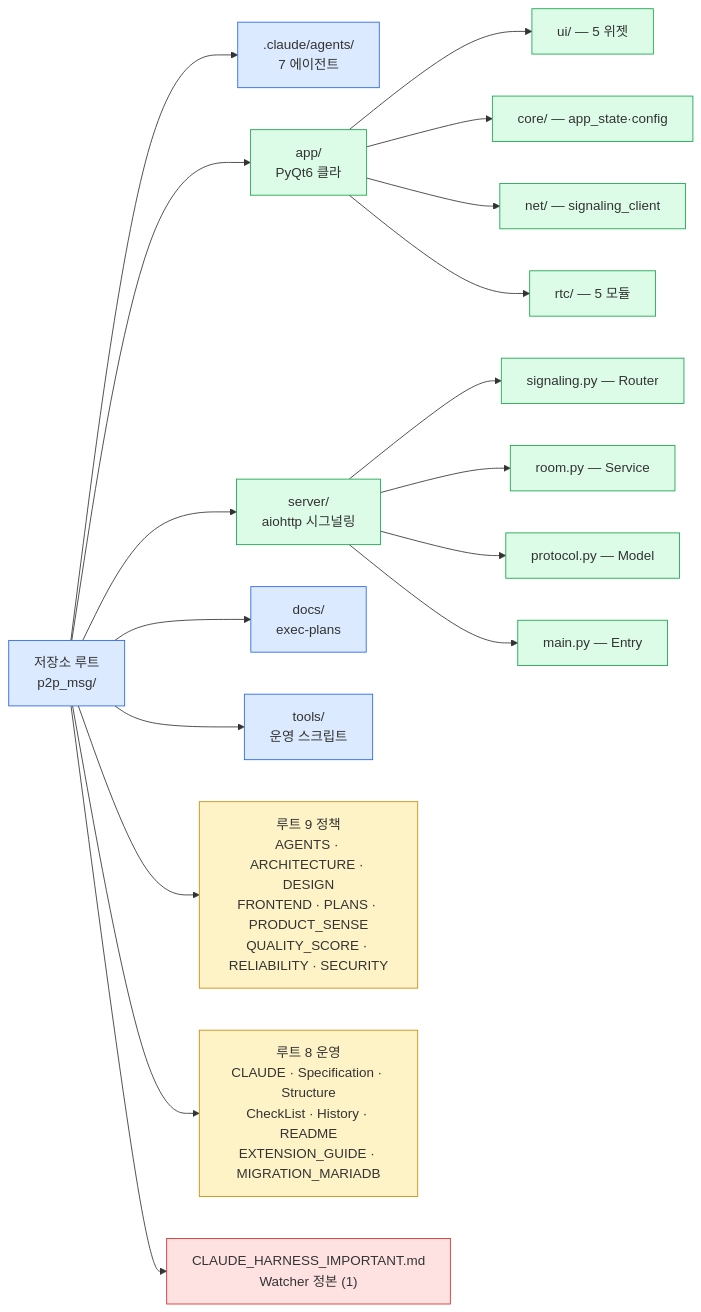
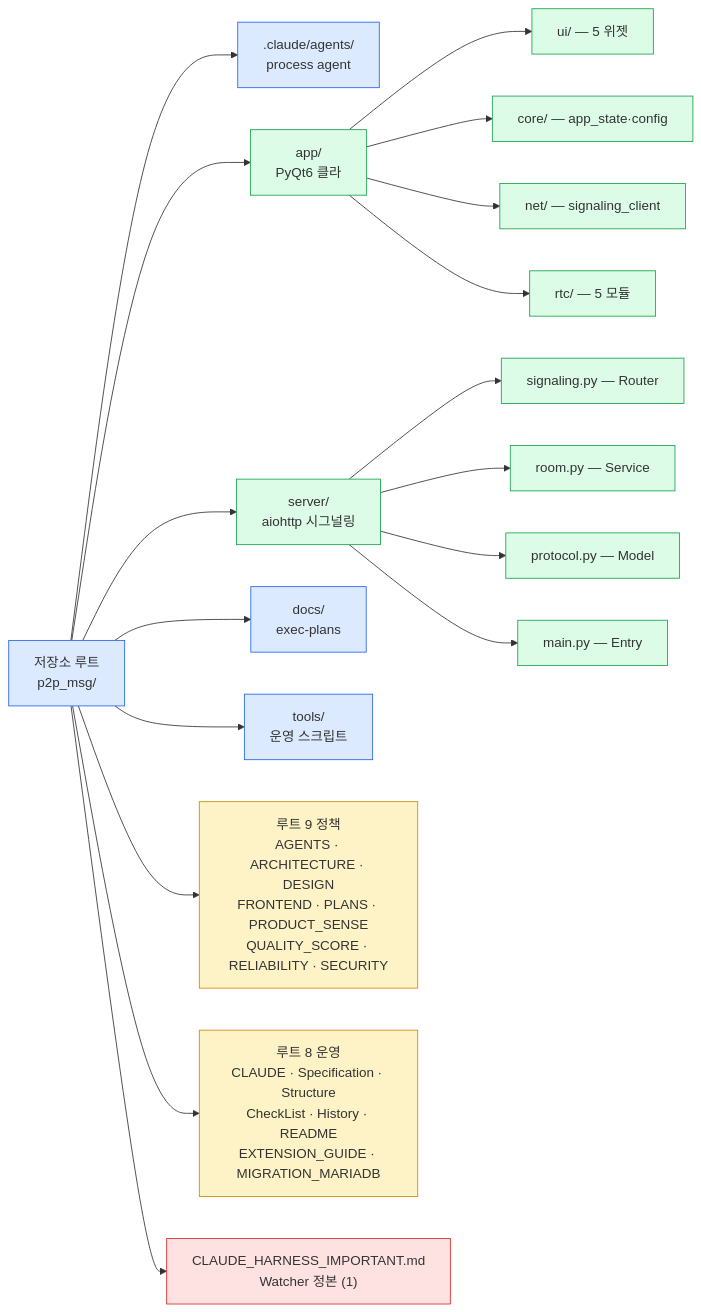
One commit to oneticket99/p2p_msg changed the first of 6 diagrams in Structure.md. Above: the diagram before and after it, drawn with Mermaid. The commit also changed other lines of this file and 4 other files, not shown here.

````diff
--- a/Structure.md
+++ b/Structure.md
@@ -30,31 +30,31 @@
 ```mermaid
 flowchart LR
     ROOT["저장소 루트<br/>p2p_msg/"]
-    DOTCLAUDE[".claude/agents/<br/>7 에이전트"]
+    DOTCLAUDE[".claude/agents/<br/>process agent"]
     APP["app/<br/>PyQt6 클라"]
     SERVER["server/<br/>aiohttp 시그널링"]
     DOCS["docs/<br/>exec-plans"]
     TOOLS["tools/<br/>운영 스크립트"]
     POLICY["루트 9 정책<br/>AGENTS · ARCHITECTURE · DESIGN<br/>FRONTEND · PLANS · PRODUCT_SENSE<br/>QUALITY_SCORE · RELIABILITY · SECURITY"]
     OPS["루트 8 운영<br/>CLAUDE · Specification · Structure<br/>CheckList · History · README<br/>EXTENSION_GUIDE · MIGRATION_MARIADB"]
     HARNESS["CLAUDE_HARNESS_IMPORTANT.md<br/>Watcher 정본 (1)"]
 
     ROOT --> DOTCLAUDE & APP & SERVER & DOCS & TOOLS & POLICY & OPS & HARNESS
     APP --> APP_UI["ui/ — 5 위젯"]
     APP --> APP_CORE["core/ — app_state·config"]
     APP --> APP_NET["net/ — signaling_client"]
     APP --> APP_RTC["rtc/ — 5 모듈"]
     SERVER --> S_SIG["signaling.py — Router"]
     SERVER --> S_ROOM["room.py — Service"]
     SERVER --> S_PROTO["protocol.py — Model"]
     SERVER --> S_MAIN["main.py — Entry"]
 
     classDef ws fill:#dbeafe,stroke:#2563eb
     classDef code fill:#dcfce7,stroke:#16a34a
     classDef policy fill:#fef3c7,stroke:#ca8a04
     classDef harness fill:#fee2e2,stroke:#dc2626
     class ROOT,DOTCLAUDE,DOCS,TOOLS ws
     class APP,SERVER,APP_UI,APP_CORE,APP_NET,APP_RTC,S_SIG,S_ROOM,S_PROTO,S_MAIN code
     class POLICY,OPS policy
     class HARNESS harness
 ```
````
